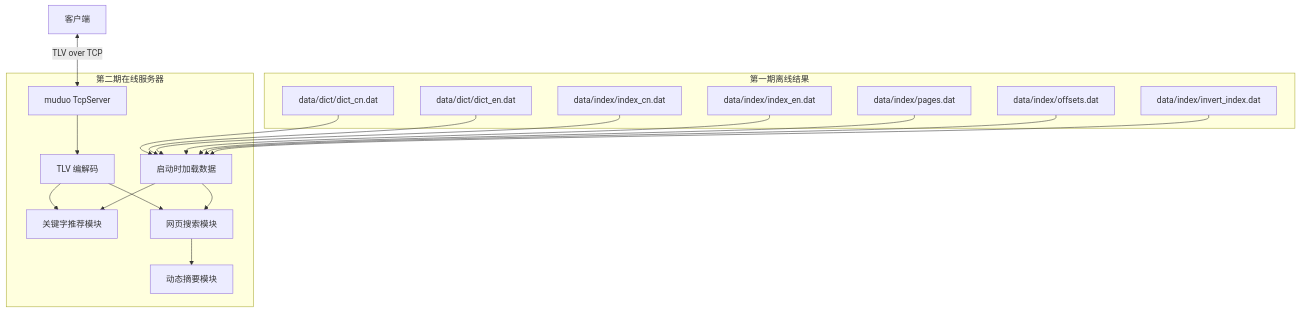
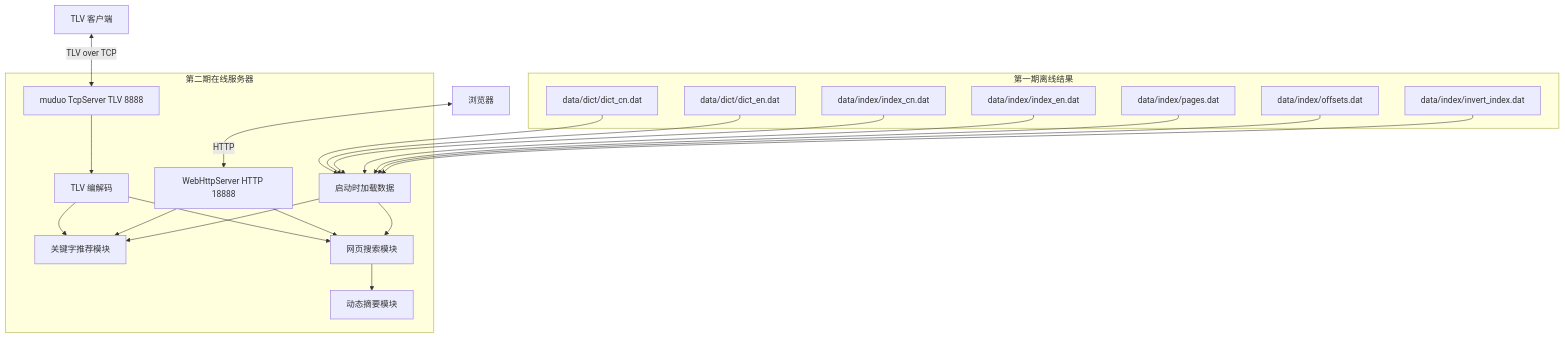
Before and after one commit to dijk4tra/Cpp_Advanced: the first of 8 diagrams in 课件/07_搜索引擎项目/02_SearchEngine_V2/docs/项目第二期开发思路.md, drawn with Mermaid. The commit also changed other lines of this file and 25 other files, not shown here.

````diff
--- a/课件/07_搜索引擎项目/02_SearchEngine_V2/docs/项目第二期开发思路.md
+++ b/课件/07_搜索引擎项目/02_SearchEngine_V2/docs/项目第二期开发思路.md
@@ -17,37 +19,41 @@
 ```mermaid
 flowchart TD
     subgraph Offline[第一期离线结果]
         D1[data/dict/dict_cn.dat]
         D2[data/dict/dict_en.dat]
         I1[data/index/index_cn.dat]
         I2[data/index/index_en.dat]
         P[data/index/pages.dat]
         O[data/index/offsets.dat]
         INV[data/index/invert_index.dat]
     end
 
     subgraph Server[第二期在线服务器]
         Load[启动时加载数据]
-        Muduo[muduo TcpServer]
+        Muduo[muduo TcpServer TLV 8888]
+        HTTP[WebHttpServer HTTP 18888]
         Codec[TLV 编解码]
         KW[关键字推荐模块]
         WS[网页搜索模块]
         ABS[动态摘要模块]
     end
 
-    Client[客户端] <-->|TLV over TCP| Muduo
+    Client[TLV 客户端] <-->|TLV over TCP| Muduo
+    Browser[浏览器] <-->|HTTP| HTTP
     Muduo --> Codec
     Codec --> KW
     Codec --> WS
+    HTTP --> KW
+    HTTP --> WS
     WS --> ABS
 
     D1 --> Load
     D2 --> Load
     I1 --> Load
     I2 --> Load
     P --> Load
     O --> Load
     INV --> Load
     Load --> KW
     Load --> WS
 ```
````
